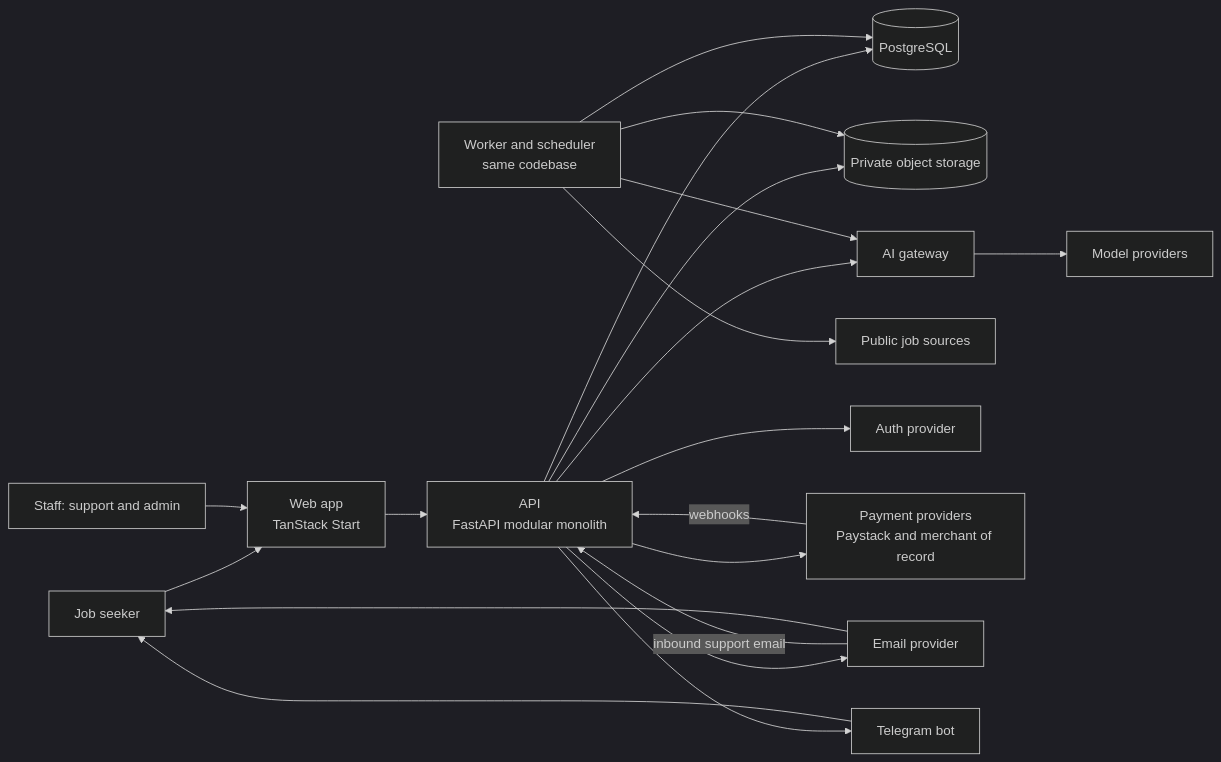
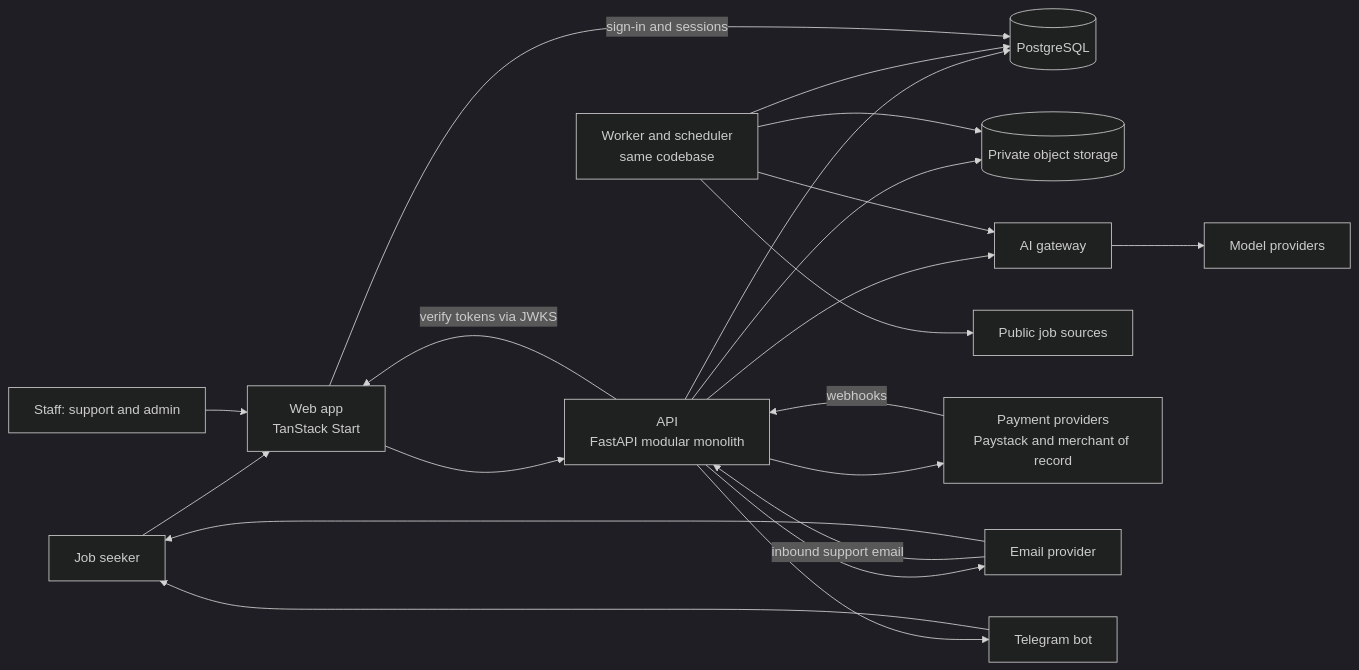
The first of 4 diagrams in docs/technical-design.md (A7-studio/jobmigo), drawn with Mermaid (dark theme) before and after one commit. The commit also changed other lines of this file and 62 other files, not shown here.

````diff
--- a/docs/technical-design.md
+++ b/docs/technical-design.md
@@ -23,22 +23,23 @@
 ```mermaid
 flowchart LR
   U[Job seeker] --> WEB[Web app<br/>TanStack Start]
   S[Staff: support and admin] --> WEB
   WEB --> API[API<br/>FastAPI modular monolith]
   API --> DB[(PostgreSQL)]
   API --> OBJ[(Private object storage)]
   WRK[Worker and scheduler<br/>same codebase] --> DB
   WRK --> OBJ
   API --> AIG[AI gateway]
   WRK --> AIG
   AIG --> LLM[Model providers]
   WRK --> SRC[Public job sources]
-  API --> AUTH[Auth provider]
+  WEB -- sign-in and sessions --> DB
+  API -- verify tokens via JWKS --> WEB
   API --> PAY[Payment providers<br/>Paystack and merchant of record]
   PAY -- webhooks --> API
   API --> MAIL[Email provider]
   MAIL -- inbound support email --> API
   API --> TG[Telegram bot]
   TG --> U
   MAIL --> U
 ```
````
